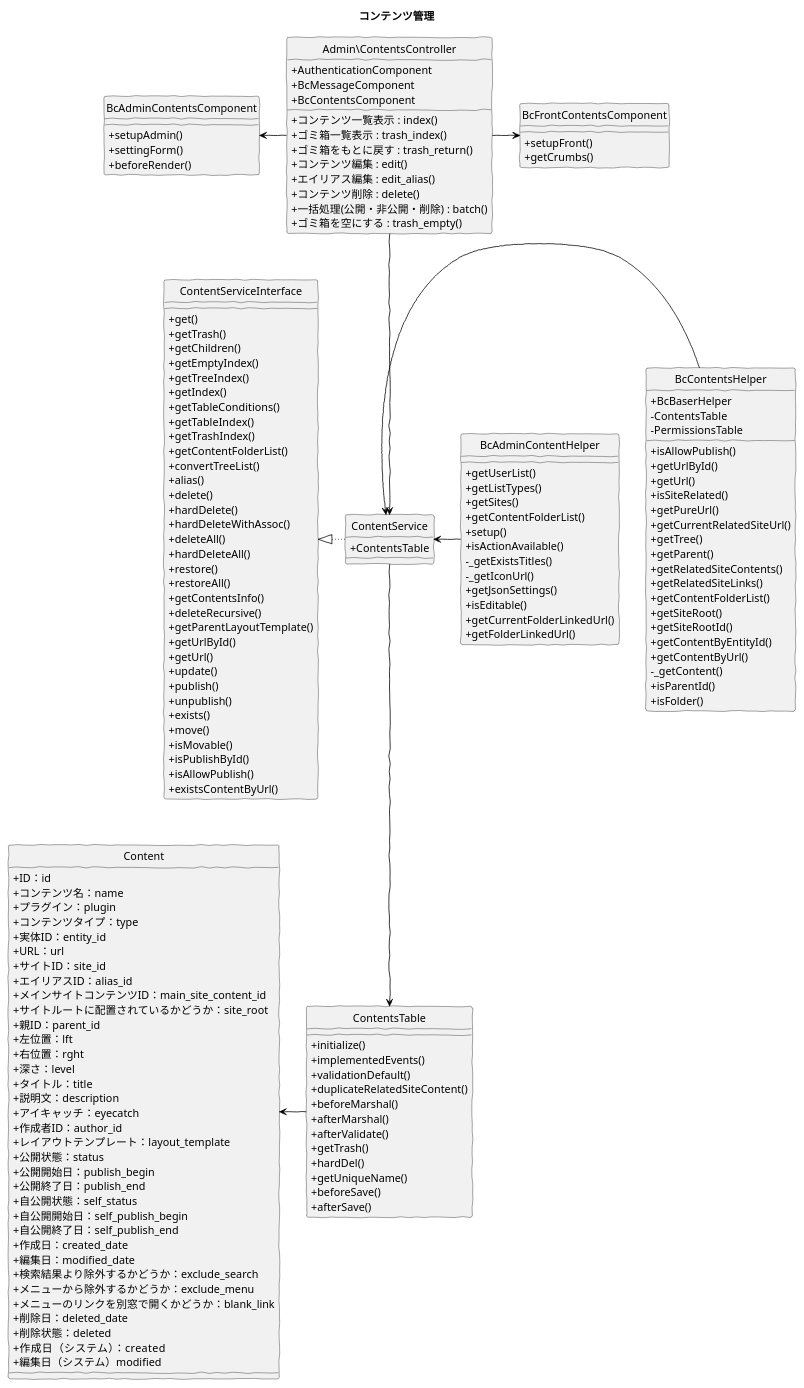
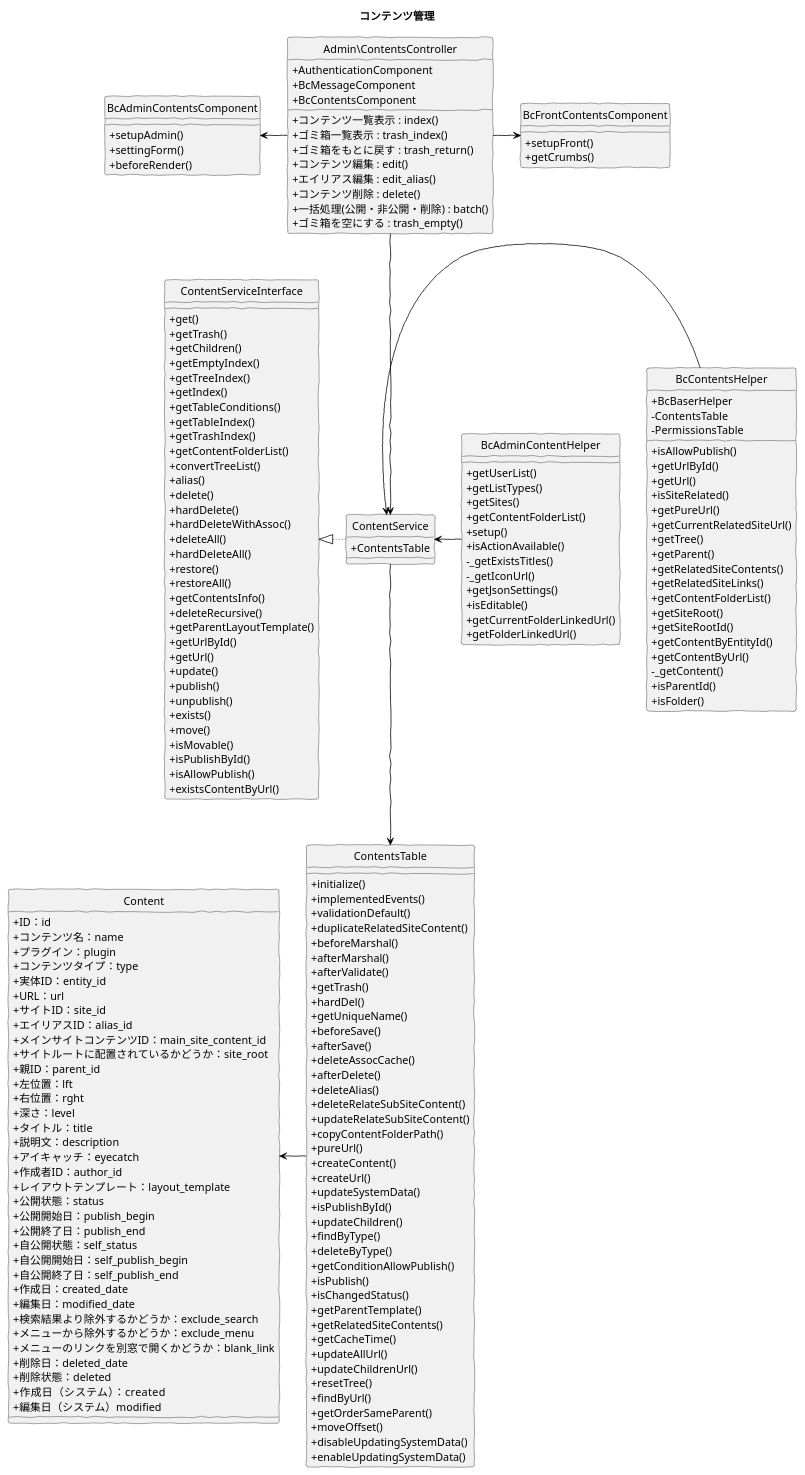
One commit to baserproject/baserproject.github.io changed the diagram in src/puml/5/ucmitz/class/manage_contents.puml. Above: the diagram before and after it, drawn with PlantUML. The commit also changed 2 other files, not shown here.

```diff
--- a/src/puml/5/ucmitz/class/manage_contents.puml
+++ b/src/puml/5/ucmitz/class/manage_contents.puml
@@ -86,6 +86,34 @@
   + getUniqueName()
   + beforeSave()
   + afterSave()
+  + deleteAssocCache()
+  + afterDelete()
+  + deleteAlias()
+  + deleteRelateSubSiteContent()
+  + updateRelateSubSiteContent()
+  + copyContentFolderPath()
+  + pureUrl()
+  + createContent()
+  + createUrl()
+  + updateSystemData()
+  + isPublishById()
+  + updateChildren()
+  + findByType()
+  + deleteByType()
+  + getConditionAllowPublish()
+  + isPublish()
+  + isChangedStatus()
+  + getParentTemplate()
+  + getRelatedSiteContents()
+  + getCacheTime()
+  + updateAllUrl()
+  + updateChildrenUrl()
+  + resetTree()
+  + findByUrl()
+  + getOrderSameParent()
+  + moveOffset()
+  + disableUpdatingSystemData()
+  + enableUpdatingSystemData()
 }
 
 class Content {
```
